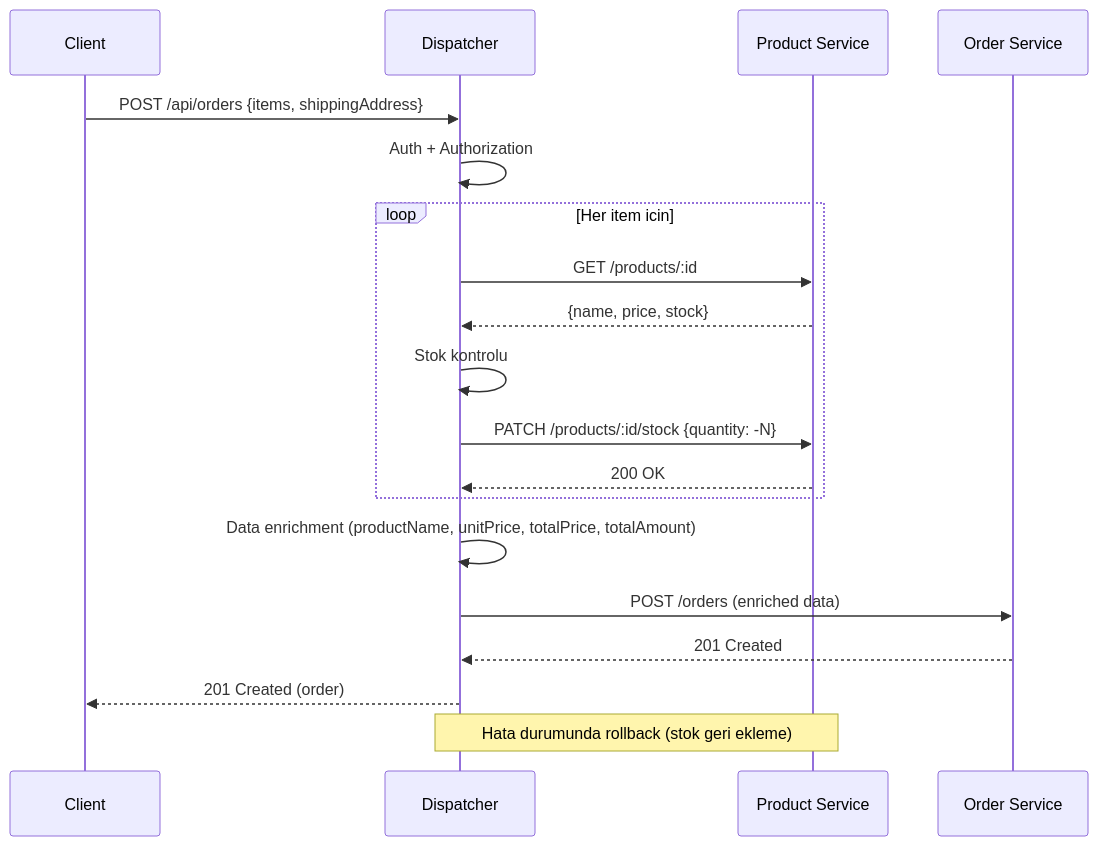
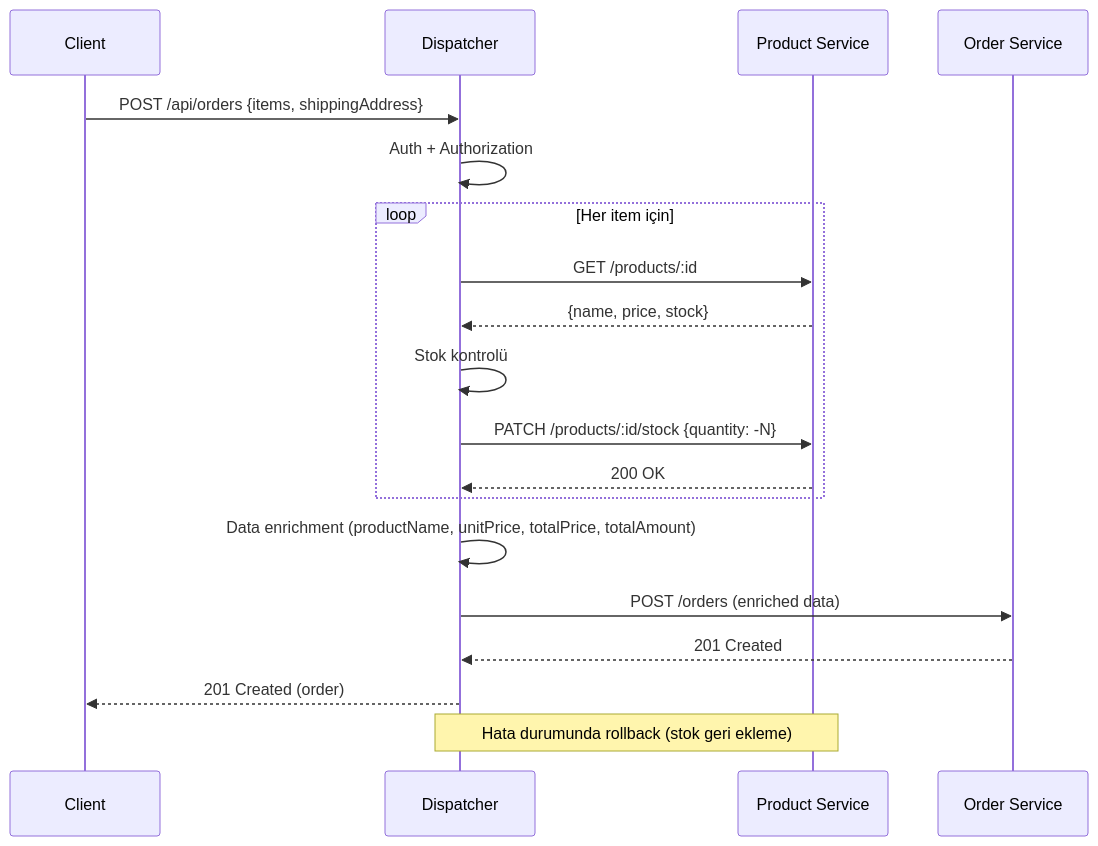
One commit to muratozturk4u/ecommerce-gateway changed the fourth of 7 diagrams in README.md. Above: the diagram before and after it, drawn with Mermaid. The commit also changed other lines of this file, not shown here.

````diff
--- a/README.md
+++ b/README.md
@@ -210,25 +210,25 @@
 ```mermaid
 sequenceDiagram
     participant C as Client
     participant D as Dispatcher
     participant P as Product Service
     participant O as Order Service
 
     C->>D: POST /api/orders {items, shippingAddress}
     D->>D: Auth + Authorization
 
-    loop Her item icin
+    loop Her item için
         D->>P: GET /products/:id
         P-->>D: {name, price, stock}
-        D->>D: Stok kontrolu
+        D->>D: Stok kontrolü
         D->>P: PATCH /products/:id/stock {quantity: -N}
         P-->>D: 200 OK
     end
 
     D->>D: Data enrichment (productName, unitPrice, totalPrice, totalAmount)
     D->>O: POST /orders (enriched data)
     O-->>D: 201 Created
     D-->>C: 201 Created (order)
 
     Note over D,P: Hata durumunda rollback (stok geri ekleme)
 ```
````
